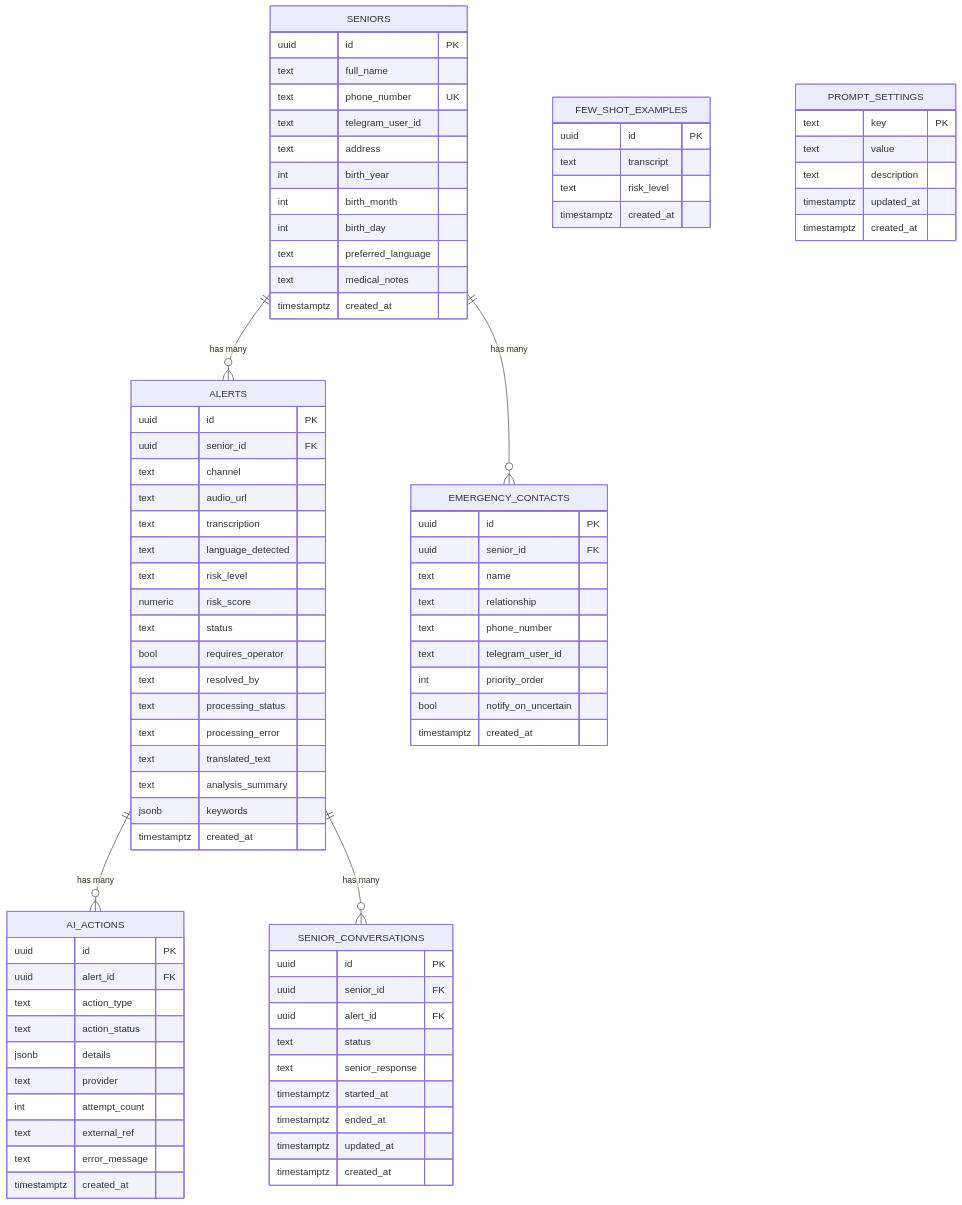
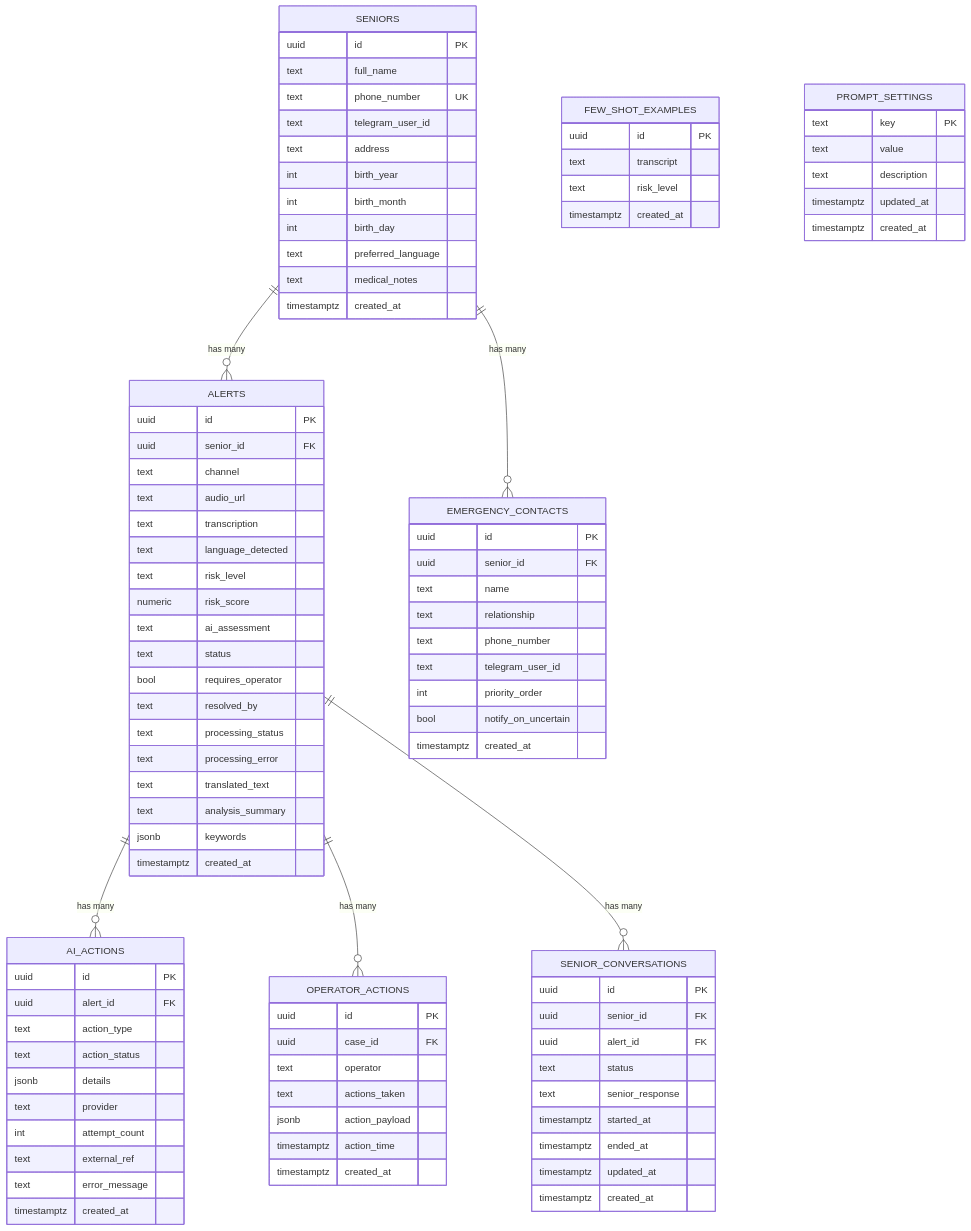
Before and after one commit to brucewzj99/PersonalAlertPlus: the third of 8 diagrams in flowchart.md, drawn with Mermaid. The commit also changed other lines of this file and 11 other files, not shown here.

```diff
--- a/flowchart.md
+++ b/flowchart.md
@@ -195,6 +208,7 @@
     SENIORS ||--o{ ALERTS : "has many"
     SENIORS ||--o{ EMERGENCY_CONTACTS : "has many"
     ALERTS ||--o{ AI_ACTIONS : "has many"
+    ALERTS ||--o{ OPERATOR_ACTIONS : "has many"
     ALERTS ||--o{ SENIOR_CONVERSATIONS : "has many"
 
     SENIORS {
@@ -232,6 +246,7 @@
         text language_detected
         text risk_level
         numeric risk_score
+        text ai_assessment
         text status
         bool requires_operator
         text resolved_by
@@ -253,6 +268,16 @@
         int attempt_count
         text external_ref
         text error_message
+        timestamptz created_at
+    }
+
+    OPERATOR_ACTIONS {
+        uuid id PK
+        uuid case_id FK
+        text operator
+        text actions_taken
+        jsonb action_payload
+        timestamptz action_time
         timestamptz created_at
     }
 
```
